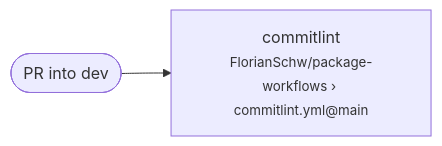
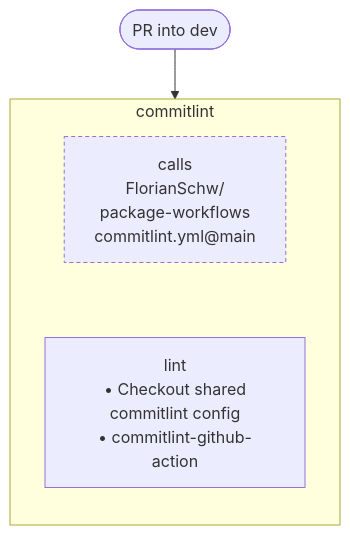
The eighth of 15 diagrams in .github/workflow-graphs/README.md (nfdi4health/dsSupportClient), drawn with Mermaid before and after one commit. The commit also changed other lines of this file, not shown here.

Commit message:
docs: update workflow diagrams

````diff
--- a/.github/workflow-graphs/README.md
+++ b/.github/workflow-graphs/README.md
@@ -77,6 +188,12 @@
 ```mermaid
-flowchart LR
+flowchart TD
   start(["PR into dev"])
-  job_commitlint["commitlint<br/><small>FlorianSchw/package-workflows › commitlint.yml@main</small>"]
+  subgraph job_commitlint ["commitlint"]
+    direction TB
+    job_commitlint__ref["calls<br/>FlorianSchw/<br/>package-workflows<br/>commitlint.yml@main"]:::refnote
+    job_commitlint__lint["lint<br/>• Checkout shared<br/>commitlint config<br/>• commitlint-github-action"]
+    job_commitlint__ref ~~~ job_commitlint__lint
+  end
   start --> job_commitlint
+  classDef refnote stroke-dasharray: 4 3
 ```
````
